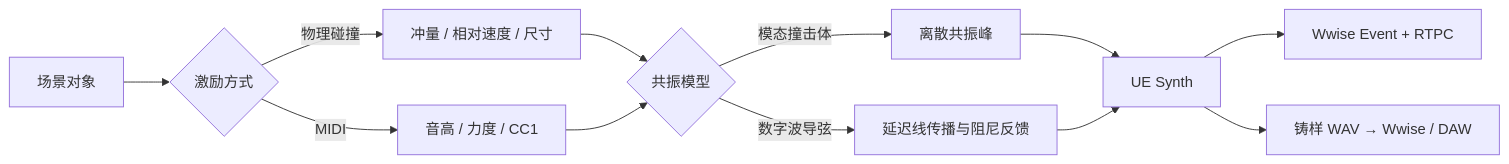
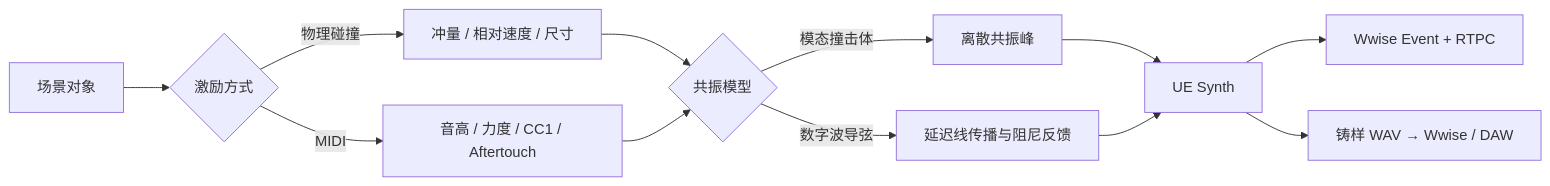
Before and after one commit to Ubik42/resonance-forge: the diagram in README.md, drawn with Mermaid. The commit also changed other lines of this file and 12 other files, not shown here.

````diff
--- a/README.md
+++ b/README.md
@@ -77,14 +77,14 @@
 ```mermaid
 flowchart LR
     A[场景对象] --> B{激励方式}
     B -->|物理碰撞| C[冲量 / 相对速度 / 尺寸]
-    B -->|MIDI| D[音高 / 力度 / CC1]
+    B -->|MIDI| D[音高 / 力度 / CC1 / Aftertouch]
     C --> E{共振模型}
     D --> E
     E -->|模态撞击体| F[离散共振峰]
     E -->|数字波导弦| G[延迟线传播与阻尼反馈]
     F --> H[UE Synth]
     G --> H
     H --> I[Wwise Event + RTPC]
     H --> J[铸样 WAV → Wwise / DAW]
 ```
````
